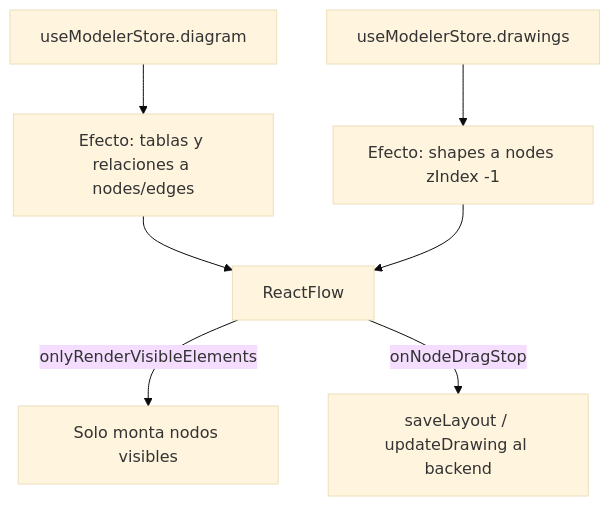
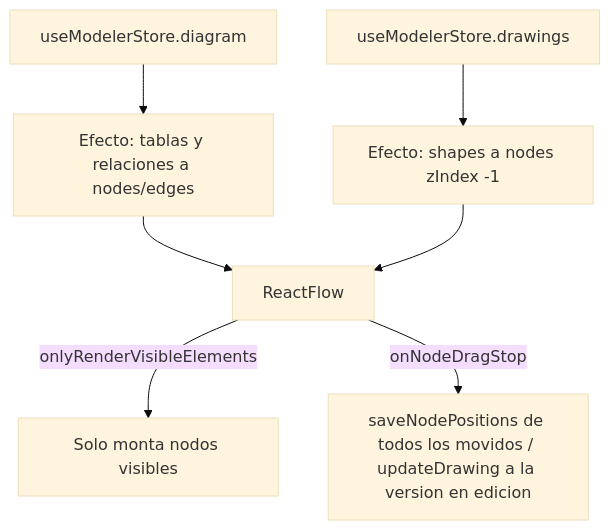
The second of 4 diagrams in doc/testing.md (Carlosmps97/web-data-model-hub), drawn with Mermaid (base theme) before and after one commit. The commit also changed other lines of this file and 209 other files, not shown here.

````diff
--- a/doc/testing.md
+++ b/doc/testing.md
@@ -251,9 +257,9 @@
 ```mermaid
 flowchart TD
     S[useModelerStore.diagram] --> E1[Efecto: tablas y relaciones a nodes/edges]
     D[useModelerStore.drawings] --> E2[Efecto: shapes a nodes zIndex -1]
     E1 --> RF[ReactFlow]
     E2 --> RF
     RF -->|onlyRenderVisibleElements| V[Solo monta nodos visibles]
-    RF -->|onNodeDragStop| P[saveLayout / updateDrawing al backend]
+    RF -->|onNodeDragStop| P[saveNodePositions de todos los movidos / updateDrawing a la version en edicion]
 ```
````
